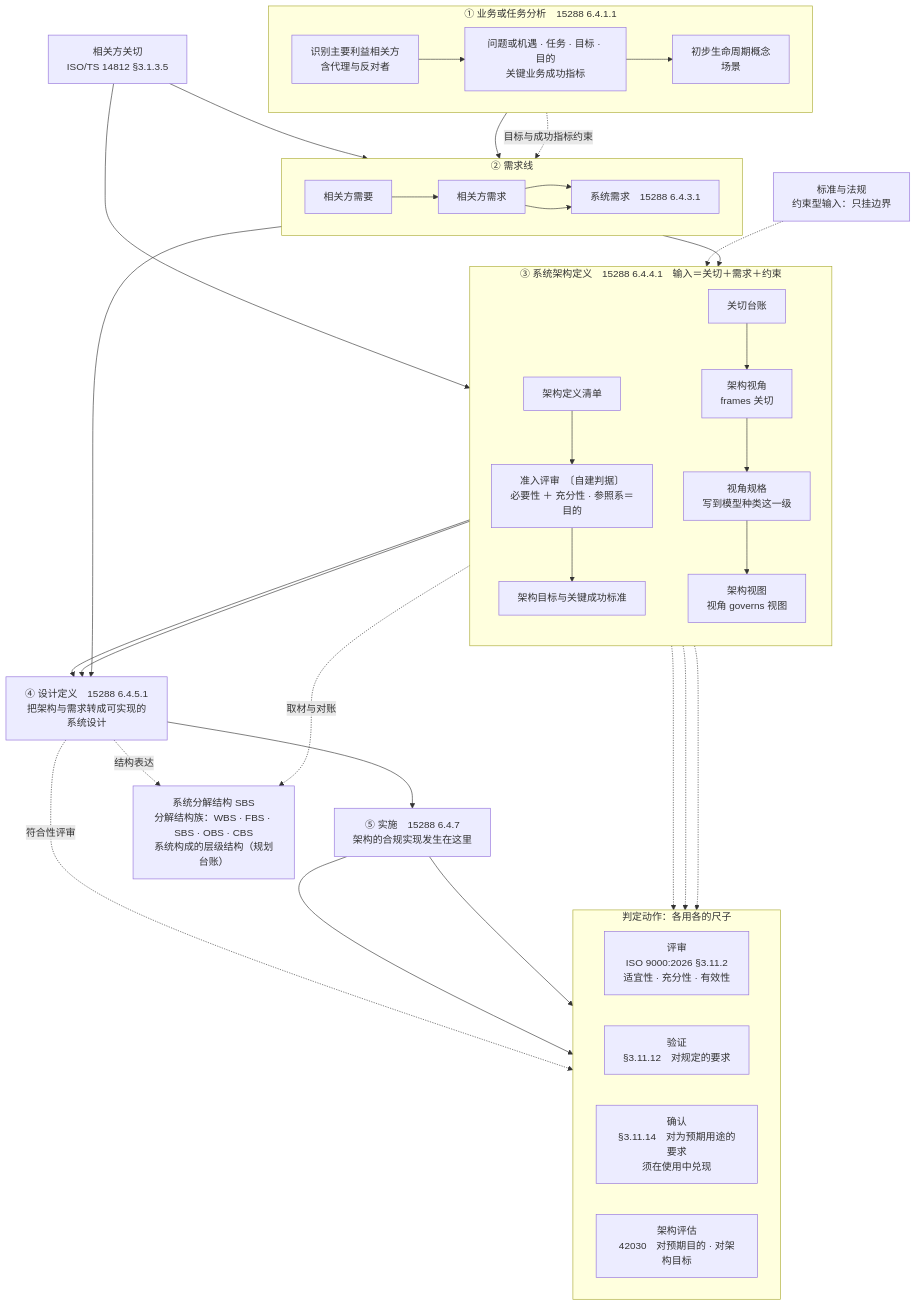
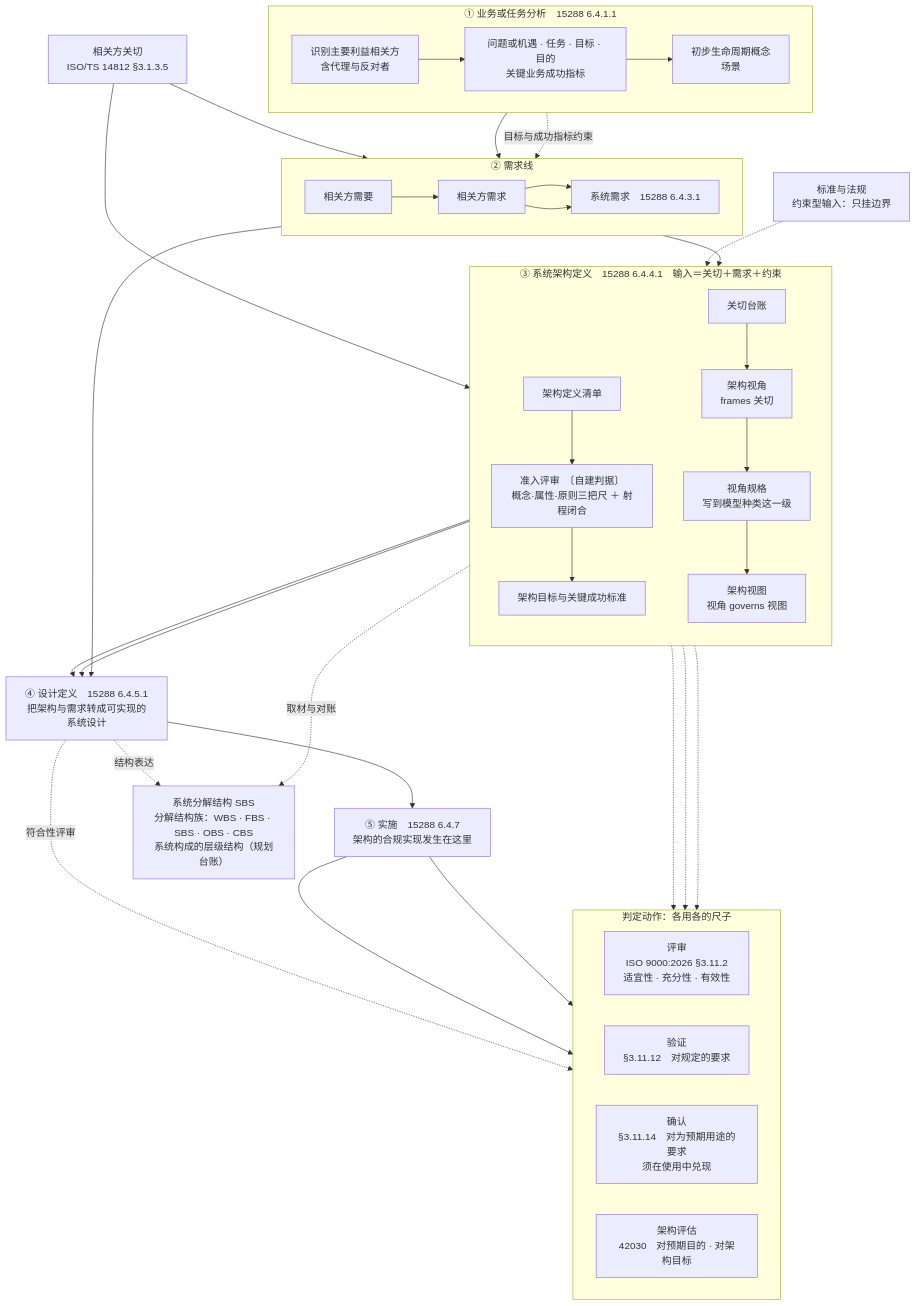
The first of 2 diagrams in 10-系统工程研究/00-系统工程相关研究报告/34-架构与设计过程模型研究报告-从术语定义到双线过程.md (Yongjunzhou/business-Engineering), drawn with Mermaid before and after one commit. The commit also changed other lines of this file and 30 other files, not shown here.

````diff
--- a/10-系统工程研究/00-系统工程相关研究报告/34-架构与设计过程模型研究报告-从术语定义到双线过程.md
+++ b/10-系统工程研究/00-系统工程相关研究报告/34-架构与设计过程模型研究报告-从术语定义到双线过程.md
@@ -410,67 +413,67 @@
 ```mermaid
 flowchart TD
   EXT["标准与法规<br/>约束型输入：只挂边界"]
   CON["相关方关切<br/>ISO/TS 14812 §3.1.3.5"]
 
   subgraph BMA["① 业务或任务分析　15288 6.4.1.1"]
     direction LR
     B1["识别主要利益相关方<br/>含代理与反对者"]
     B2["问题或机遇 · 任务 · 目标 · 目的<br/>关键业务成功指标"]
     B3["初步生命周期概念<br/>场景"]
     B1 --> B2 --> B3
   end
 
   subgraph REQ["② 需求线"]
     direction LR
     Q1["相关方需要"]
     Q2["相关方需求"]
     Q3["系统需求　15288 6.4.3.1"]
     Q1 --> Q2 --> Q3
   end
 
   subgraph ARC["③ 系统架构定义　15288 6.4.4.1　输入＝关切＋需求＋约束"]
     direction TB
     C1["架构定义清单"]
-    C2["准入评审　〔自建判据〕<br/>必要性 ＋ 充分性 · 参照系＝目的"]
+    C2["准入评审　〔自建判据〕<br/>概念·属性·原则三把尺 ＋ 射程闭合"]
     C3["关切台账"]
     C4["架构视角<br/>frames 关切"]
     C5["视角规格<br/>写到模型种类这一级"]
     C6["架构视图<br/>视角 governs 视图"]
     C7["架构目标与关键成功标准"]
     C1 --> C2 --> C7
     C3 --> C4 --> C5 --> C6
   end
 
   DES["④ 设计定义　15288 6.4.5.1<br/>把架构与需求转成可实现的系统设计"]
   IMP["⑤ 实施　15288 6.4.7<br/>架构的合规实现发生在这里"]
   PBS["系统分解结构 SBS<br/>分解结构族：WBS · FBS · SBS · OBS · CBS<br/>系统构成的层级结构（规划台账）"]
 
   B3 --> Q1
   B2 -. 目标与成功指标约束 .-> Q2
   CON --> Q2
   CON --> C3
   Q2 --> Q3
   Q3 --> C1
   Q3 --> DES
   C1 --> DES
   C6 --> DES
   DES --> IMP
 
   subgraph JDG["判定动作：各用各的尺子"]
     direction LR
     J1["评审<br/>ISO 9000:2026 §3.11.2<br/>适宜性 · 充分性 · 有效性"]
     J2["验证<br/>§3.11.12　对规定的要求"]
     J3["确认<br/>§3.11.14　对为预期用途的要求<br/>须在使用中兑现"]
     J4["架构评估<br/>42030　对预期目的 · 对架构目标"]
   end
 
   C2 -.-> J1
   C6 -.-> J1
   DES -. 符合性评审 .-> J1
   ARC -.-> J4
   IMP --> J2
   IMP --> J3
   C6 -. 取材与对账 .-> PBS
   DES -. 结构表达 .-> PBS
   EXT -.-> ARC
 ```
````
